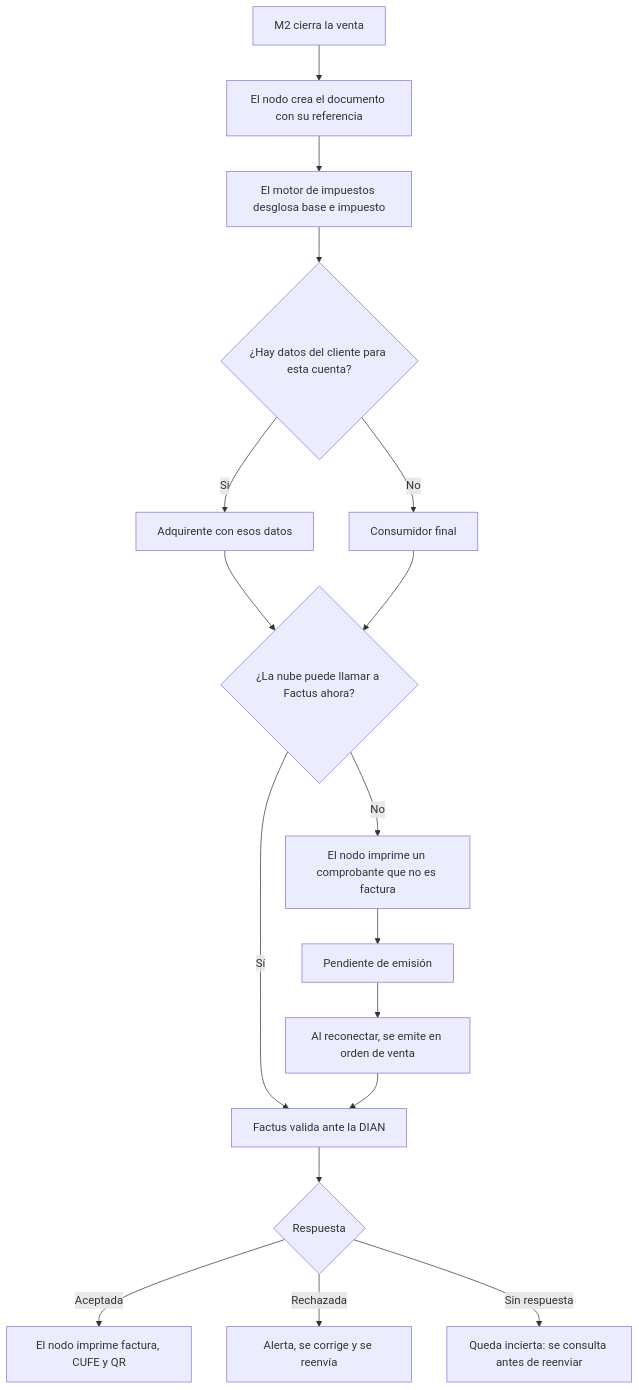
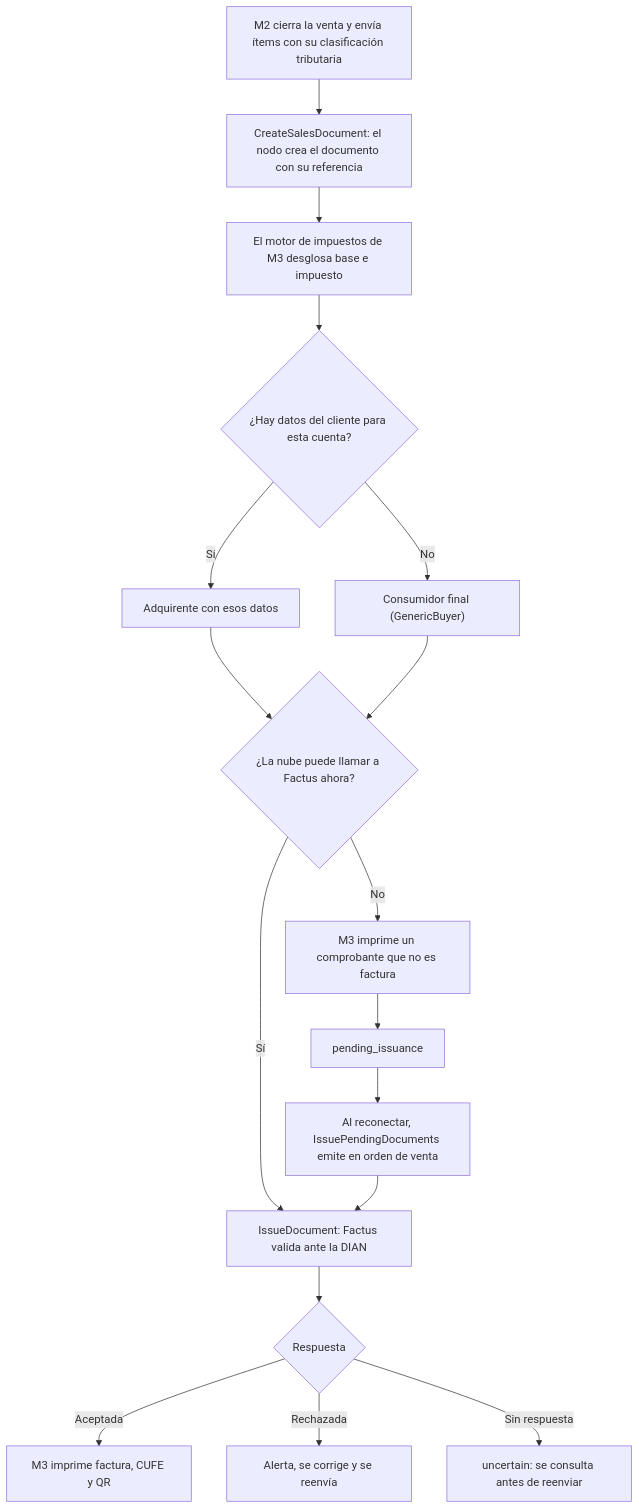
The first of 5 diagrams in docs/flujos/m3-facturacion.md (CesarJOtizM/blackHole), drawn with Mermaid before and after one commit. The commit also changed other lines of this file and 159 other files, not shown here.

````diff
--- a/docs/flujos/m3-facturacion.md
+++ b/docs/flujos/m3-facturacion.md
@@ -26,19 +25,19 @@
 ```mermaid
 flowchart TD
-  A["M2 cierra la venta"] --> B["El nodo crea el documento con su referencia"]
-  B --> C["El motor de impuestos desglosa base e impuesto"]
+  A["M2 cierra la venta y envía ítems con su clasificación tributaria"] --> B["CreateSalesDocument: el nodo crea el documento con su referencia"]
+  B --> C["El motor de impuestos de M3 desglosa base e impuesto"]
   C --> D{"¿Hay datos del cliente para esta cuenta?"}
   D -->|Sí| E["Adquirente con esos datos"]
-  D -->|No| F["Consumidor final"]
+  D -->|No| F["Consumidor final (GenericBuyer)"]
   E --> G{"¿La nube puede llamar a Factus ahora?"}
   F --> G
-  G -->|Sí| H["Factus valida ante la DIAN"]
+  G -->|Sí| H["IssueDocument: Factus valida ante la DIAN"]
   H --> I{"Respuesta"}
-  I -->|Aceptada| J["El nodo imprime factura, CUFE y QR"]
+  I -->|Aceptada| J["M3 imprime factura, CUFE y QR"]
   I -->|Rechazada| K["Alerta, se corrige y se reenvía"]
-  I -->|"Sin respuesta"| L["Queda incierta: se consulta antes de reenviar"]
-  G -->|No| M["El nodo imprime un comprobante que no es factura"]
-  M --> N["Pendiente de emisión"]
-  N --> O["Al reconectar, se emite en orden de venta"]
+  I -->|"Sin respuesta"| L["uncertain: se consulta antes de reenviar"]
+  G -->|No| M["M3 imprime un comprobante que no es factura"]
+  M --> N["pending_issuance"]
+  N --> O["Al reconectar, IssuePendingDocuments emite en orden de venta"]
   O --> H
 ```
````
